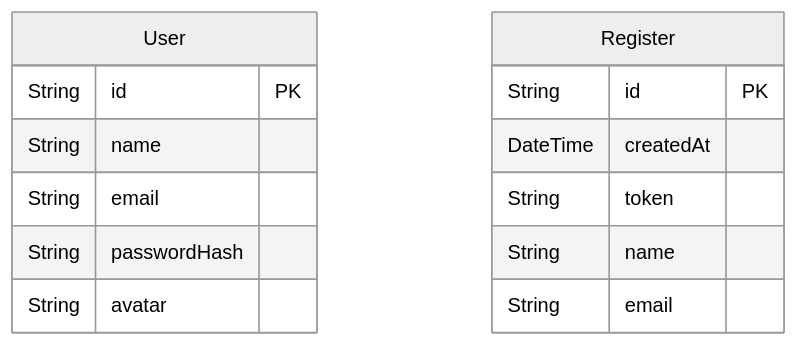
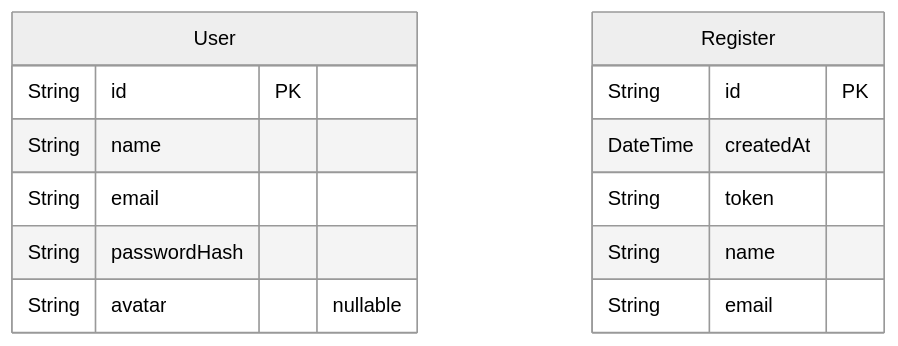
One commit to kamegoro/book-shelf changed the diagram in ERD.md. Above: the diagram before and after it, drawn with Mermaid (neutral theme). The commit also changed 11 other files, not shown here.

````diff
--- a/ERD.md
+++ b/ERD.md
@@ -1,21 +1,21 @@
 ```mermaid
 erDiagram
 
   User {
     String id PK 
     String name  
     String email  
     String passwordHash  
-    String avatar  
+    String avatar  "nullable"
     }
   
 
   Register {
     String id PK 
     DateTime createdAt  
     String token  
     String name  
     String email  
     }
   
 ```
````
